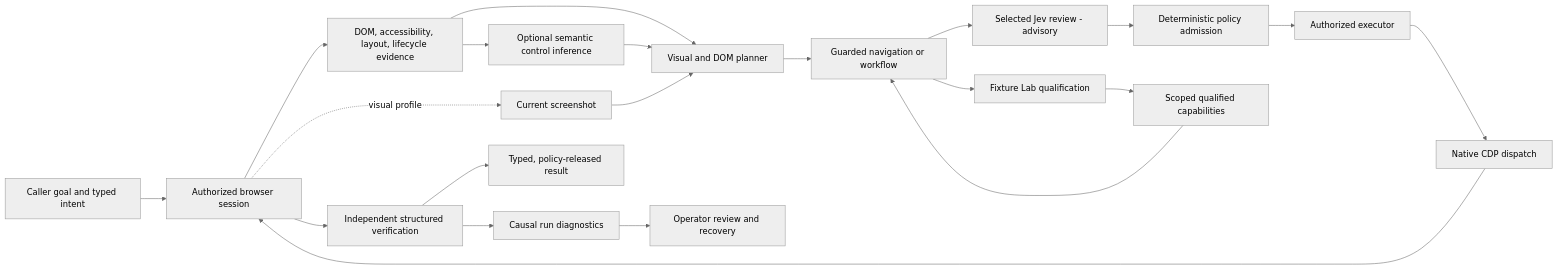
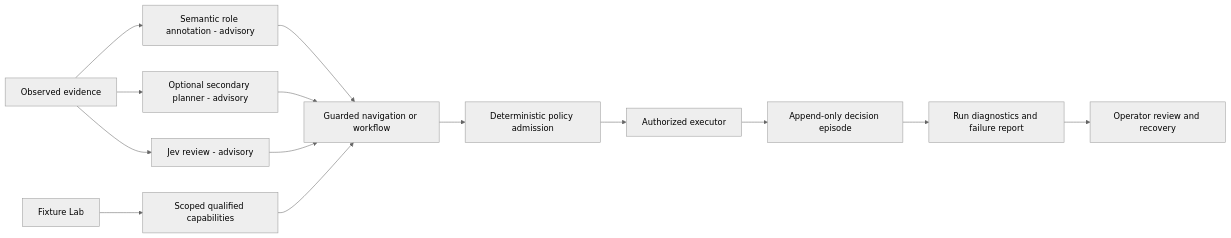
Before and after one commit to B-A-M-N/ActiveTab: the second of 2 diagrams in README.md, drawn with Mermaid (neutral theme). The commit also changed other lines of this file, not shown here.

Commit message:
docs: overhaul README for discoverability and qualification clarity

````diff
--- a/README.md
+++ b/README.md
@@ -17,23 +62,16 @@
 ```mermaid
 flowchart LR
-  Caller[Caller goal and typed intent] --> Observe[Authorized browser session]
-  Observe --> Facts[DOM, accessibility, layout, lifecycle evidence]
-  Observe -. visual profile .-> Pixels[Current screenshot]
-  Facts --> Planner[Visual and DOM planner]
-  Pixels --> Planner
-  Facts --> Semantic[Optional semantic control inference]
-  Semantic --> Planner
-  Planner --> Workflow[Guarded navigation or workflow]
-  Workflow --> Jev[Selected Jev review - advisory]
-  Jev --> Policy[Deterministic policy admission]
+  Facts[Observed evidence] --> Semantic[Semantic role annotation - advisory]
+  Facts --> Planner[Optional secondary planner - advisory]
+  Facts --> Jev[Jev review - advisory]
+  Semantic --> Workflow[Guarded navigation or workflow]
+  Planner --> Workflow
+  Jev --> Workflow
+  Workflow --> Policy[Deterministic policy admission]
+  Lab[Fixture Lab] --> Scoped[Scoped qualified capabilities]
+  Scoped --> Workflow
   Policy --> Executor[Authorized executor]
-  Executor --> CDP[Native CDP dispatch]
-  CDP --> Observe
-  Observe --> Verify[Independent structured verification]
-  Verify --> Output[Typed, policy-released result]
-  Verify --> Diagnostics[Causal run diagnostics]
+  Executor --> Telemetry[Append-only decision episode]
+  Telemetry --> Diagnostics[Run diagnostics and failure report]
   Diagnostics --> Operator[Operator review and recovery]
-  Workflow --> Lab[Fixture Lab qualification]
-  Lab --> Scoped[Scoped qualified capabilities]
-  Scoped --> Workflow
 ```
````
